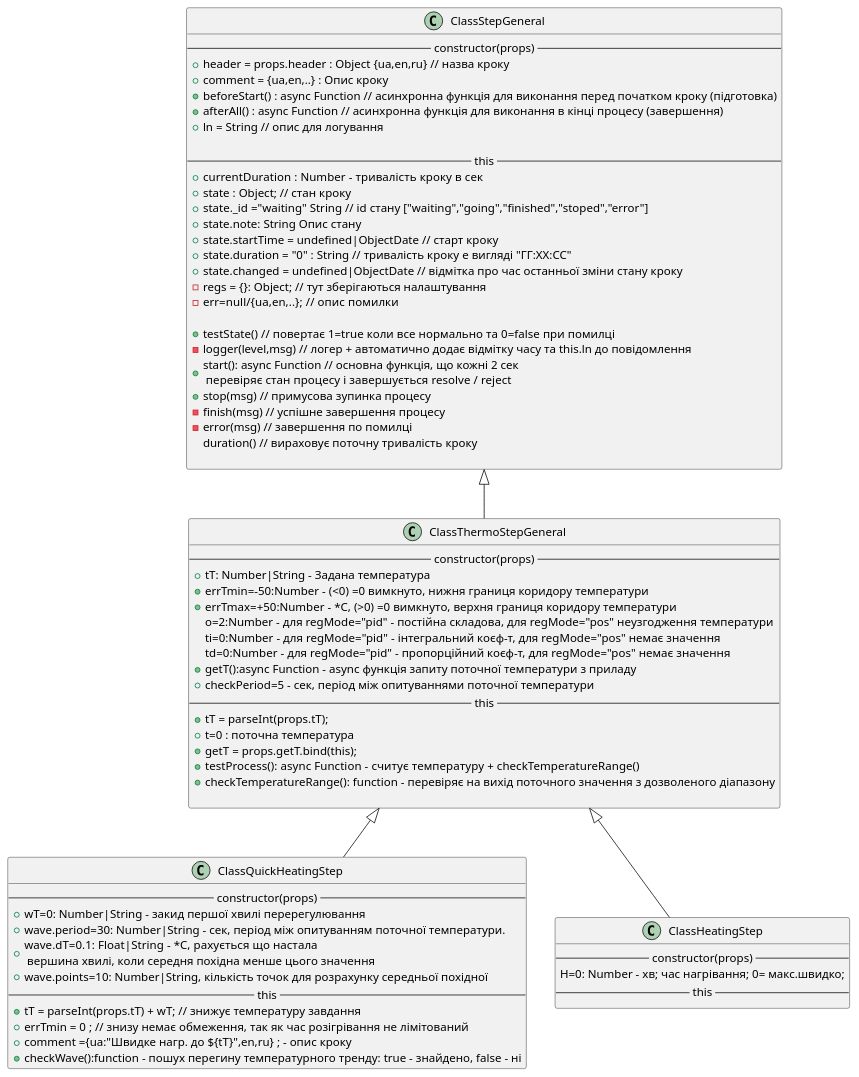
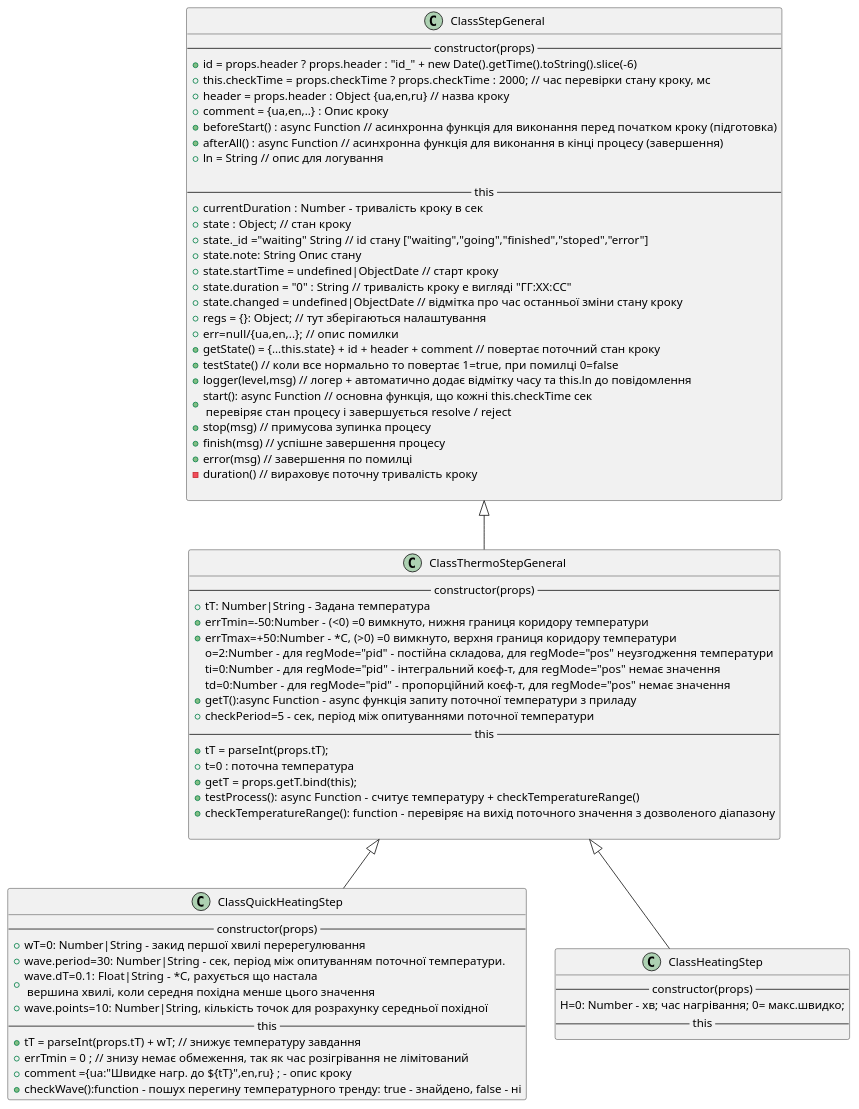
One commit to YVitalii/ASUTP2021 changed the diagram in controllers/ClassStep/ClassStep.puml. Above: the diagram before and after it, drawn with PlantUML. The commit also changed 7 other files, not shown here.

```diff
--- a/controllers/ClassStep/ClassStep.puml
+++ b/controllers/ClassStep/ClassStep.puml
@@ -1,75 +1,77 @@
 @startuml ClassesStep
 
 class "ClassStepGeneral" as classStepGeneral {
 	---- constructor(props) ----
+	+id = props.header ? props.header : "id_" + new Date().getTime().toString().slice(-6)
+	+this.checkTime = props.checkTime ? props.checkTime : 2000; // час перевірки стану кроку, мс
 	+header = props.header : Object {ua,en,ru} // назва кроку 
 	+comment = {ua,en,..} : Опис кроку
 	+beforeStart() : async Function // асинхронна функція для виконання перед початком кроку (підготовка)
 	+afterAll() : async Function // асинхронна функція для виконання в кінці процесу (завершення)
 	+ln = String // опис для логування
 	
 	---- this ----
-	+ currentDuration : Number -  тривалість кроку в сек
+	+currentDuration : Number -  тривалість кроку в сек
 	+state : Object; // стан кроку 
 	+state._id ="waiting" String // id стану ["waiting","going","finished","stoped","error"]
 	+state.note: String Опис стану
 	+state.startTime = undefined|ObjectDate // старт кроку
 	+state.duration = "0" : String // тривалість кроку e вигляді "ГГ:ХХ:СС"
 	+state.changed = undefined|ObjectDate // відмітка про час останньої зміни стану кроку
-	-regs = {}: Object; // тут зберігаються налаштування
-	-err=null/{ua,en,..};  // опис помилки 
-
-	+testState()  // повертає 1=true коли все нормально та 0=false при помилці 
-	-logger(level,msg) // логер + автоматично додає відмітку часу та this.ln до повідомлення
-	+start(): async Function // основна функція, що кожні 2 сек \n перевіряє стан процесу і завершується  resolve / reject
+	+regs = {}: Object; // тут зберігаються налаштування
+	+err=null/{ua,en,..};  // опис помилки 
+	+getState() = {...this.state} + id + header + comment // повертає поточний стан кроку
+	+testState()  // коли все нормально то повертає 1=true, при помилці 0=false 
+	+logger(level,msg) // логер + автоматично додає відмітку часу та this.ln до повідомлення
+	+start(): async Function // основна функція, що кожні this.checkTime сек \n перевіряє стан процесу і завершується  resolve / reject
 	+stop(msg) // примусова зупинка процесу
-	-finish(msg) // успішне завершення процесу
-	-error(msg) // завершення по помилці
-	duration() // вираховує поточну тривалість кроку
+	+finish(msg) // успішне завершення процесу
+	+error(msg) // завершення по помилці
+	-duration() // вираховує поточну тривалість кроку
 	
 }
 
 class "ClassThermoStepGeneral" {
 	---- constructor(props) ----
 	+tT: Number|String - Задана температура
 	+errTmin=-50:Number - (<0) =0 вимкнуто, нижня границя коридору температури 
 	+errTmax=+50:Number - *С, (>0) =0 вимкнуто, верхня границя коридору температури
 	o=2:Number - для regMode="pid" - постійна складова, для regMode="pos" неузгодження температури
 	ti=0:Number - для regMode="pid" - інтегральний коєф-т, для regMode="pos" немає значення
 	td=0:Number - для regMode="pid" - пропорційний коєф-т, для regMode="pos" немає значення
 	+getT():async Function - async функція запиту поточної температури з приладу
 	+checkPeriod=5 - сек, період між опитуваннями поточної температури
 	---- this ----
 	+tT = parseInt(props.tT);
 	+t=0 : поточна температура
 	+getT = props.getT.bind(this);
 	+testProcess(): async Function -  считує температуру + checkTemperatureRange()
 	+checkTemperatureRange(): function - перевіряє на вихід поточного значення з дозволеного діапазону
 	
 }
 
 classStepGeneral <|-- ClassThermoStepGeneral
 
 class "ClassQuickHeatingStep" { 
 	---- constructor(props) ----
 	+wT=0: Number|String - закид першої хвилі перерегулювання
 	+wave.period=30: Number|String - сек, період між опитуванням поточної температури.
 	+wave.dT=0.1: Float|String  - *С, рахується що настала \n вершина хвилі, коли середня похідна менше цього значення
 	+wave.points=10: Number|String, кількість точок для розрахунку середньої похідної
 	---- this ----
 	+tT = parseInt(props.tT) + wT; // знижує температуру завдання
 	+errTmin = 0 ; // знизу немає обмеження, так як час розігрівання не лімітований
 	+comment ={ua:"Швидке нагр. до ${tT}",en,ru} ; - опис кроку	
 	+checkWave():function - пошух перегину температурного тренду: true - знайдено, false - ні
 }
 
 ClassThermoStepGeneral <|-- ClassQuickHeatingStep 
 
 class "ClassHeatingStep" { 
 	---- constructor(props) ----
 	H=0: Number - хв; час нагрівання; 0= макс.швидко;
 	---- this ----
 }
 ClassThermoStepGeneral <|-- ClassHeatingStep 
 
 @enduml
```
